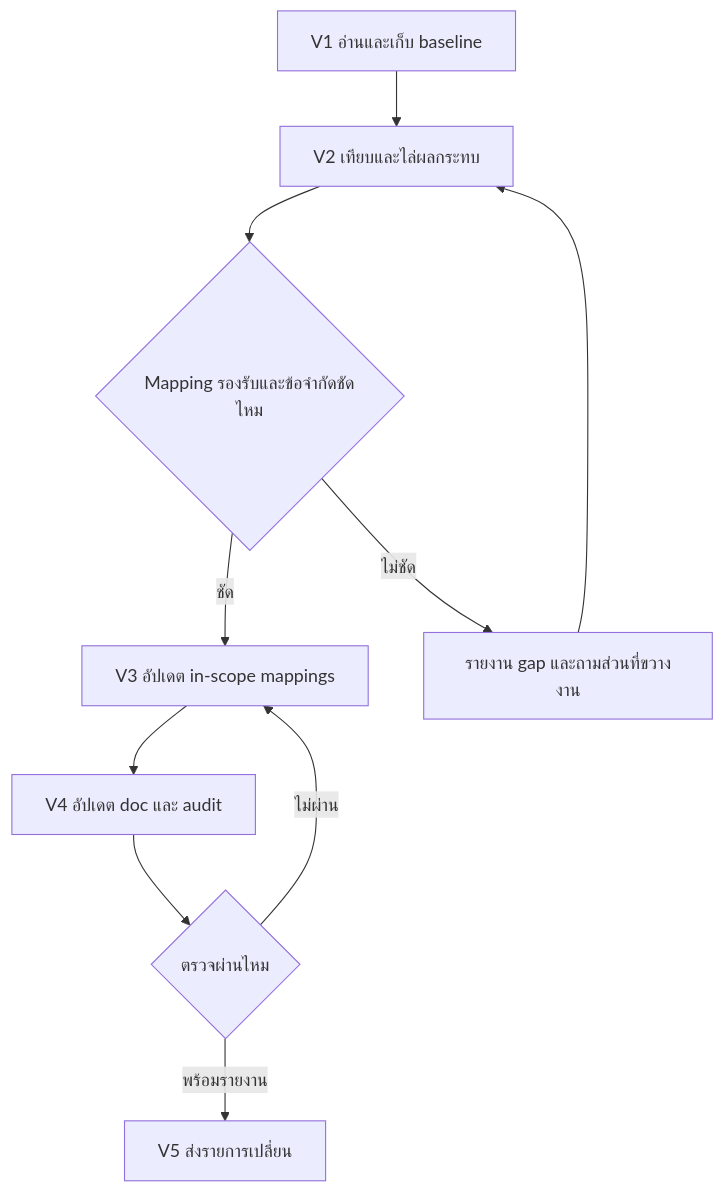
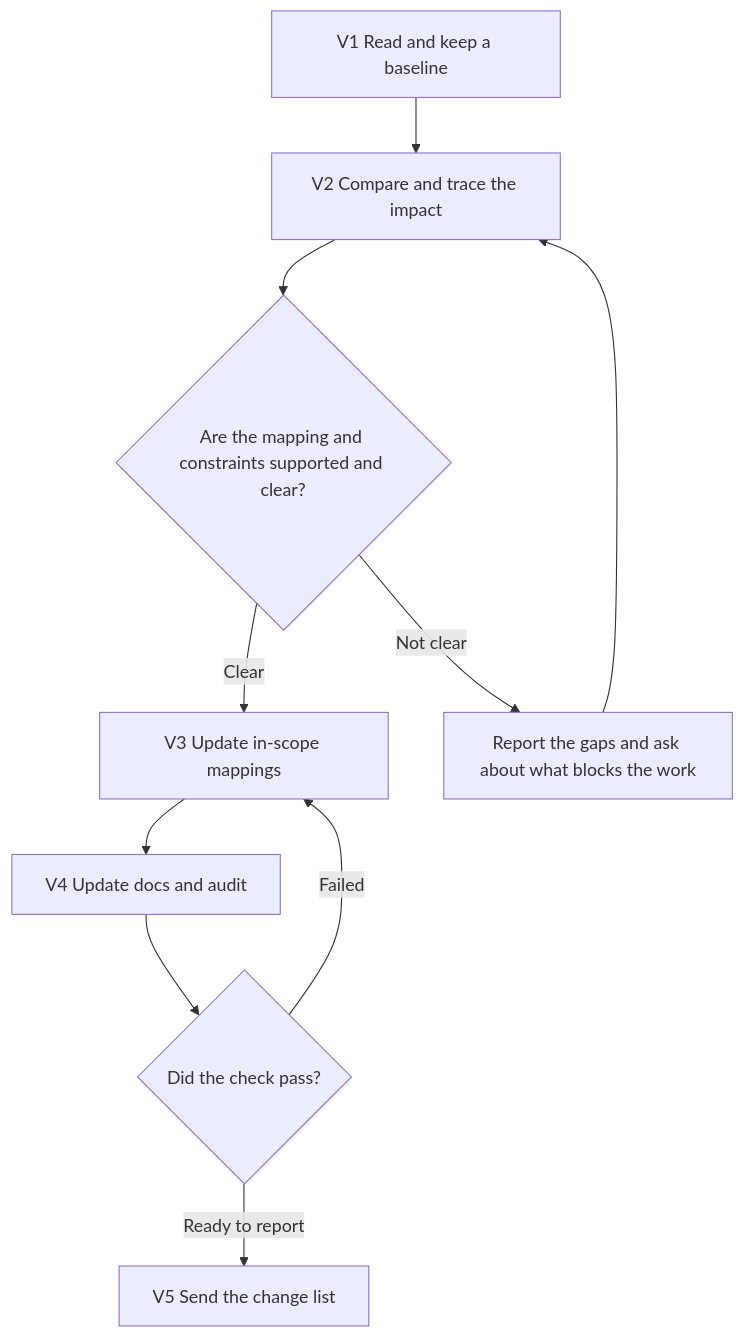
The sixth of 7 diagrams in design-system/rules/workflow-map.md (PraewNAT/cariva-design-workspace), drawn with Mermaid before and after one commit. The commit also changed other lines of this file and 190 other files, not shown here.

````diff
--- a/design-system/rules/workflow-map.md
+++ b/design-system/rules/workflow-map.md
@@ -169,13 +169,13 @@
 ```mermaid
 flowchart TD
-    V1["V1 อ่านและเก็บ baseline"]
-    V2["V2 เทียบและไล่ผลกระทบ"]
-    V3["V3 อัปเดต in-scope mappings"]
-    V4["V4 อัปเดต doc และ audit"]
-    V5["V5 ส่งรายการเปลี่ยน"]
-    V1 --> V2 --> Q{Mapping รองรับและข้อจำกัดชัดไหม}
-    Q -->|ไม่ชัด| A[รายงาน gap และถามส่วนที่ขวางงาน] --> V2
-    Q -->|ชัด| V3 --> V4 --> T{ตรวจผ่านไหม}
-    T -->|ไม่ผ่าน| V3
-    T -->|พร้อมรายงาน| V5
+    V1["V1 Read and keep a baseline"]
+    V2["V2 Compare and trace the impact"]
+    V3["V3 Update in-scope mappings"]
+    V4["V4 Update docs and audit"]
+    V5["V5 Send the change list"]
+    V1 --> V2 --> Q{Are the mapping and constraints supported and clear?}
+    Q -->|Not clear| A[Report the gaps and ask about what blocks the work] --> V2
+    Q -->|Clear| V3 --> V4 --> T{Did the check pass?}
+    T -->|Failed| V3
+    T -->|Ready to report| V5
 ```
````
